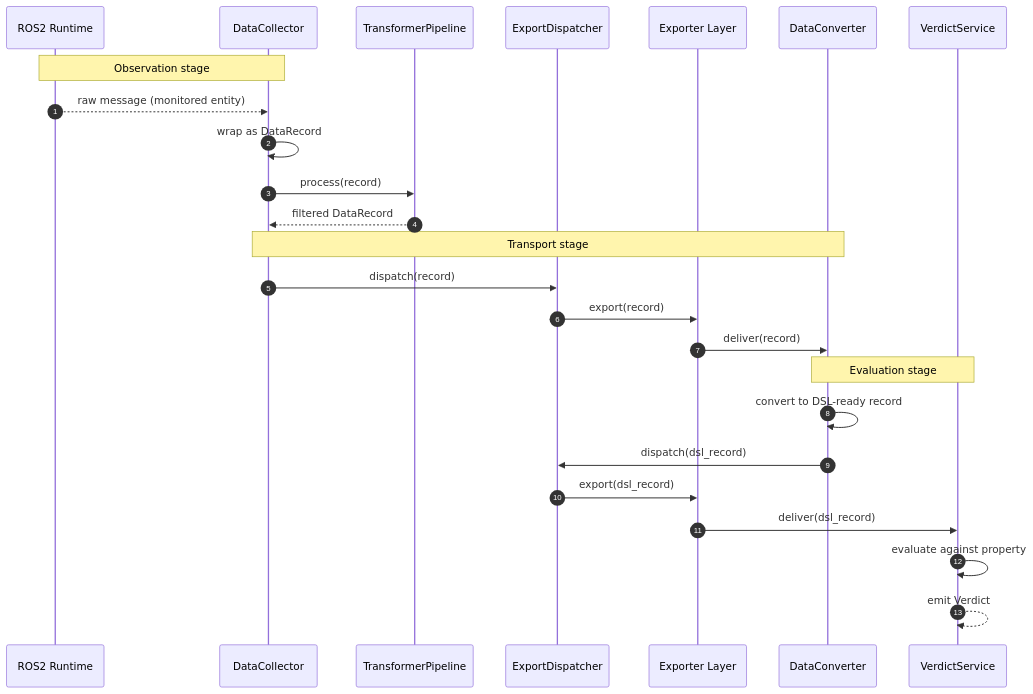
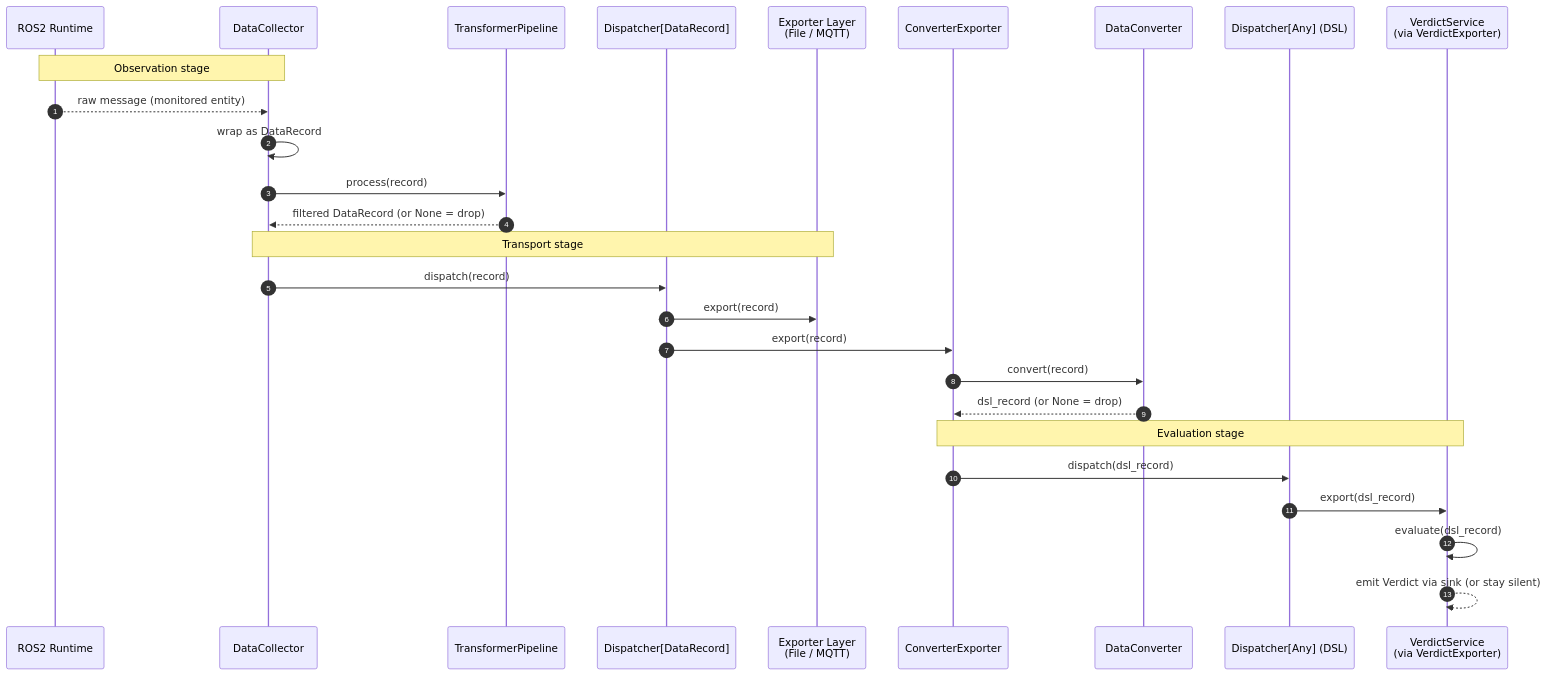
The diagram in docs/sequence_diagrams/dataflow.mermaid (Jin-Shikai/ROS2-Monitor-Infra), drawn with Mermaid before and after one commit. The commit also changed 1 other file, not shown here.

Commit message:
add converter layer to sequence diagram

```diff
--- a/docs/sequence_diagrams/dataflow.mermaid
+++ b/docs/sequence_diagrams/dataflow.mermaid
@@ -1,28 +1,30 @@
 sequenceDiagram
     autonumber
     participant ROS as ROS2 Runtime
     participant DC as DataCollector
     participant TP as TransformerPipeline
-    participant ED as ExportDispatcher
-    participant EXP as Exporter Layer
+    participant ED1 as Dispatcher[DataRecord]
+    participant EXP as Exporter Layer<br/>(File / MQTT)
+    participant CE as ConverterExporter
     participant CV as DataConverter
-    participant VS as VerdictService
+    participant ED2 as Dispatcher[Any] (DSL)
+    participant VS as VerdictService<br/>(via VerdictExporter)
 
     Note over ROS,DC: Observation stage
     ROS-->>DC: raw message (monitored entity)
     DC->>DC: wrap as DataRecord
     DC->>TP: process(record)
-    TP-->>DC: filtered DataRecord
+    TP-->>DC: filtered DataRecord (or None = drop)
 
-    Note over DC,CV: Transport stage 
-    DC->>ED: dispatch(record)
-    ED->>EXP: export(record)
-    EXP->>CV: deliver(record)
+    Note over DC,EXP: Transport stage
+    DC->>ED1: dispatch(record)
+    ED1->>EXP: export(record)
+    ED1->>CE: export(record)
+    CE->>CV: convert(record)
+    CV-->>CE: dsl_record (or None = drop)
 
-    Note over CV,VS: Evaluation stage
-    CV->>CV: convert to DSL-ready record
-    CV->>ED: dispatch(dsl_record)
-    ED->>EXP: export(dsl_record)
-    EXP->>VS: deliver(dsl_record)
-    VS->>VS: evaluate against property
-    VS-->>VS: emit Verdict
+    Note over CE,VS: Evaluation stage
+    CE->>ED2: dispatch(dsl_record)
+    ED2->>VS: export(dsl_record)
+    VS->>VS: evaluate(dsl_record)
+    VS-->>VS: emit Verdict via sink (or stay silent)
```
